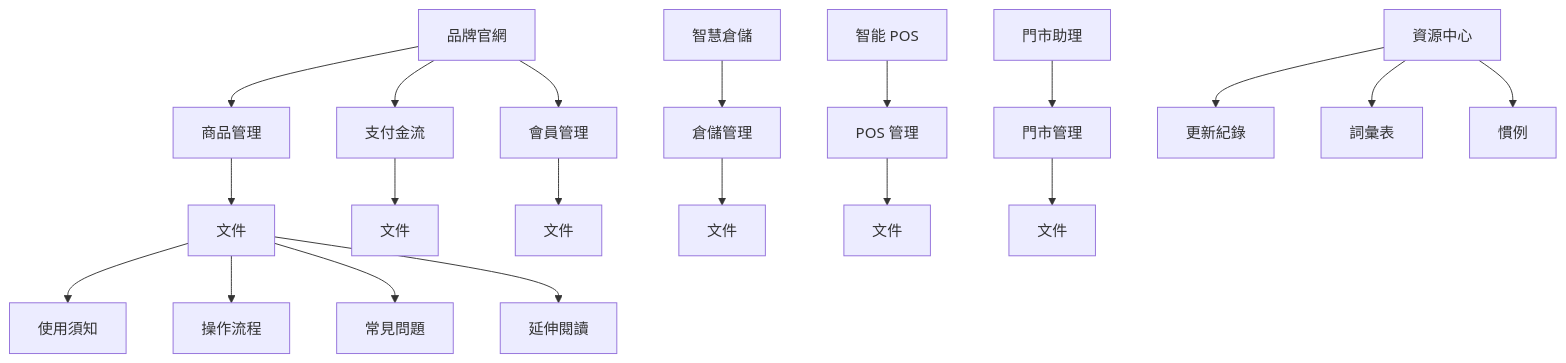
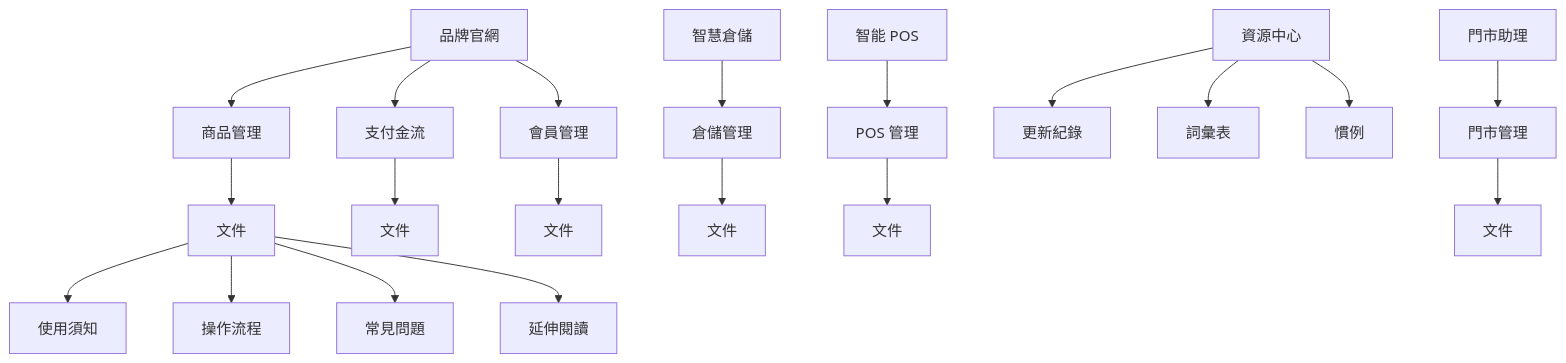
Before and after one commit to sinleadpro/zensical-zh-tw: the diagram in README.md, drawn with Mermaid. The commit also changed 223 other files, not shown here.

````diff
--- a/README.md
+++ b/README.md
@@ -7,29 +7,29 @@
 ``` mermaid
 graph TD
     %% Top level: Product lines
     A[品牌官網] --> B1[商品管理]
     A --> B2[支付金流]
     A --> B3[會員管理]
 
     C[智慧倉儲] --> D1[倉儲管理]
     E[智能 POS] --> F1[POS 管理]
     G[門市助理] --> H1[門市管理]
-    I[資源中心] --> J1[更新紀錄]
+    I[資源中心] --> 1[更新紀錄]
     I[資源中心] --> J2[詞彙表] 
     I[資源中心] --> J3[慣例] 
 
     %% Docs container under each module
     B1 --> B1_docs[文件]
     B2 --> B2_docs[文件]
     B3 --> B3_docs[文件]
     D1 --> D1_docs[文件]
     F1 --> F1_docs[文件]
     H1 --> H1_docs[文件]
 
     %% Individual doc categories under Docs container
     B1_docs --> B1_doc1[使用須知]
     B1_docs --> B1_doc2[操作流程]
     B1_docs --> B1_doc3[常見問題]
     B1_docs --> B1_doc4[延伸閱讀]
 
 ```
````
